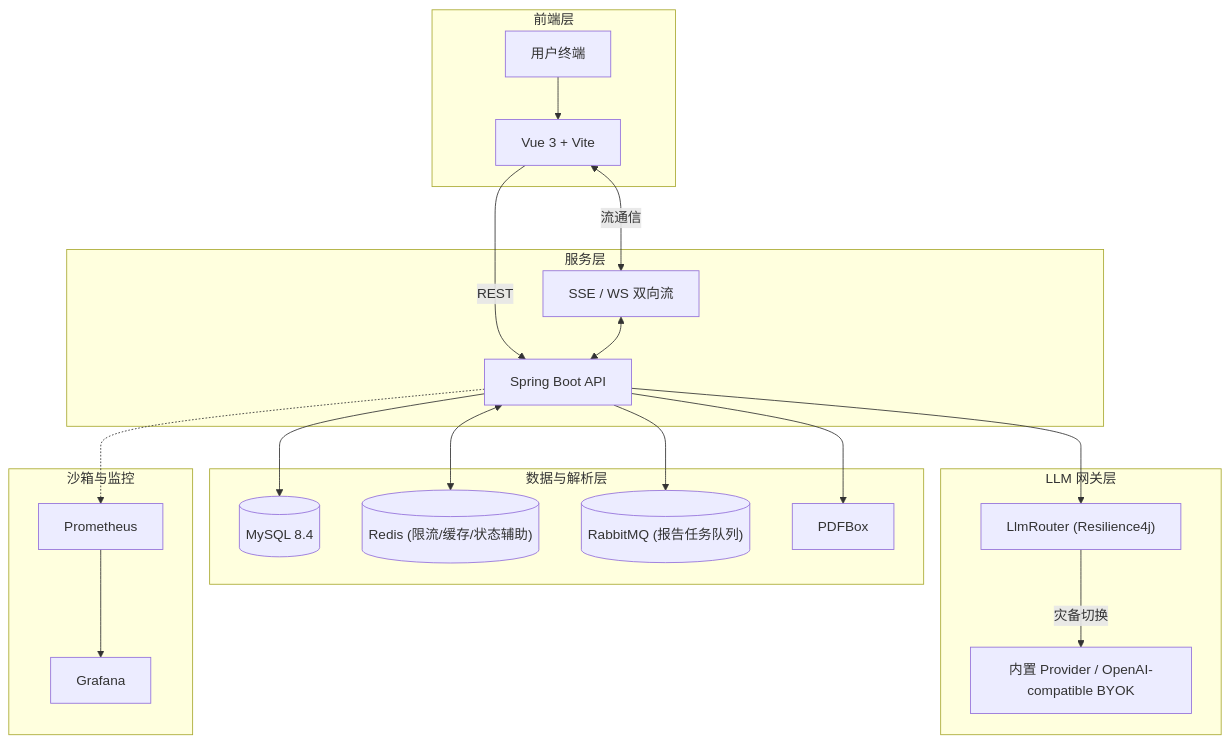
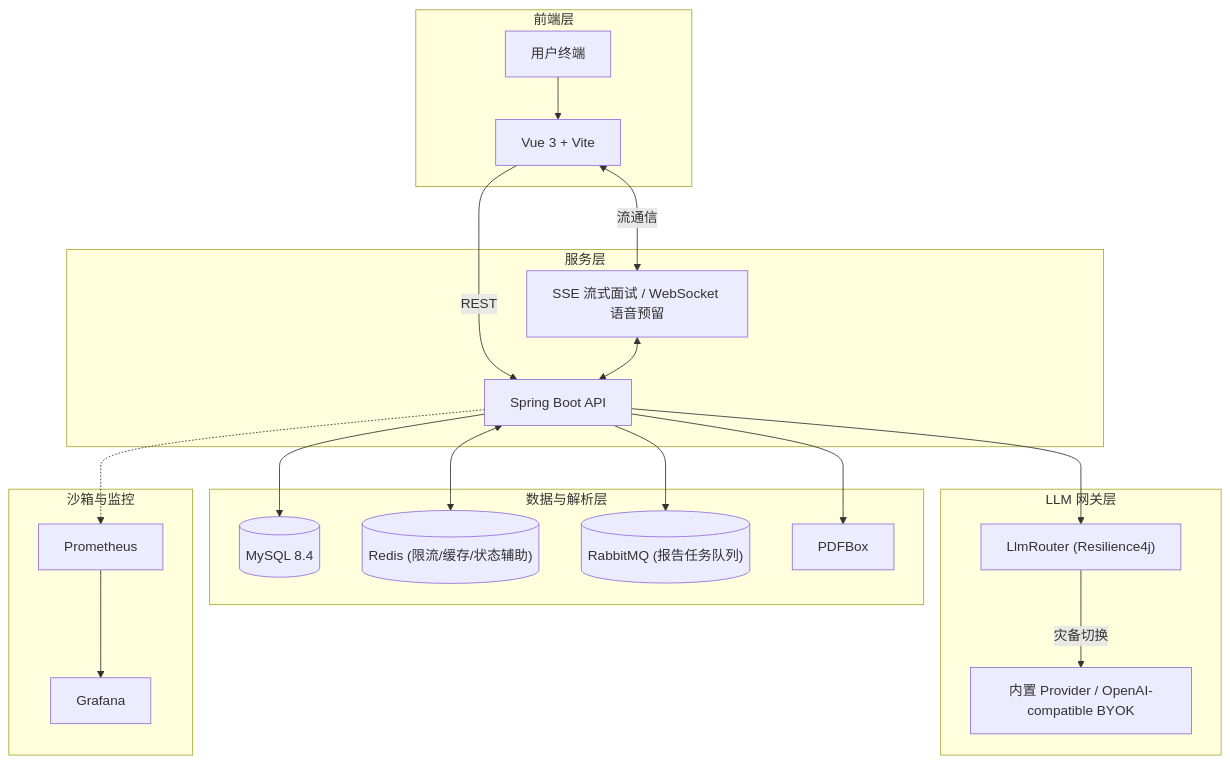
Before and after one commit to zyyyyynnn/Prelude: the diagram in README.md, drawn with Mermaid. The commit also changed other lines of this file and 22 other files, not shown here.

````diff
--- a/README.md
+++ b/README.md
@@ -26,42 +26,42 @@
 ```mermaid
 flowchart TB
   subgraph Client ["前端层"]
     U["用户终端"] --> FE["Vue 3 + Vite"]
   end
 
   subgraph Server ["服务层"]
     API["Spring Boot API"]
-    WS["SSE / WS 双向流"]
+    WS["SSE 流式面试 / WebSocket 语音预留"]
   end
 
   subgraph Data ["数据与解析层"]
     DB[("MySQL 8.4")]
     Redis[("Redis (限流/缓存/状态辅助)")]
     RabbitMQ[("RabbitMQ (报告任务队列)")]
     PDF["PDFBox"]
   end
 
   subgraph Gateway ["LLM 网关层"]
     Router["LlmRouter (Resilience4j)"]
     LLM["内置 Provider / OpenAI-compatible BYOK"]
     Router -->|灾备切换| LLM
   end
 
   subgraph Ops ["沙箱与监控"]
     Prometheus["Prometheus"]
     Grafana["Grafana"]
     Prometheus --> Grafana
   end
 
   FE -->|REST| API
   FE <-->|流通信| WS
   WS <--> API
 
   API --> DB
   API <--> Redis
   API --> RabbitMQ
   API --> PDF
   API --> Router
 
   API -.-> Prometheus
 ```
````
